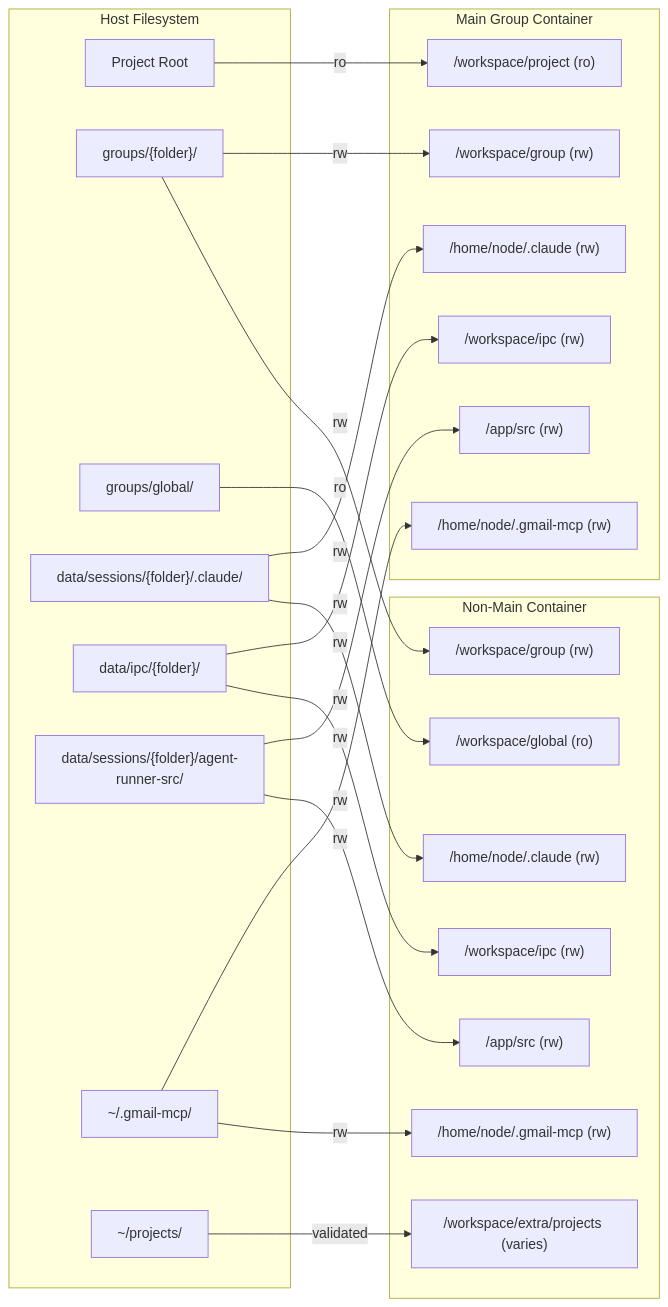
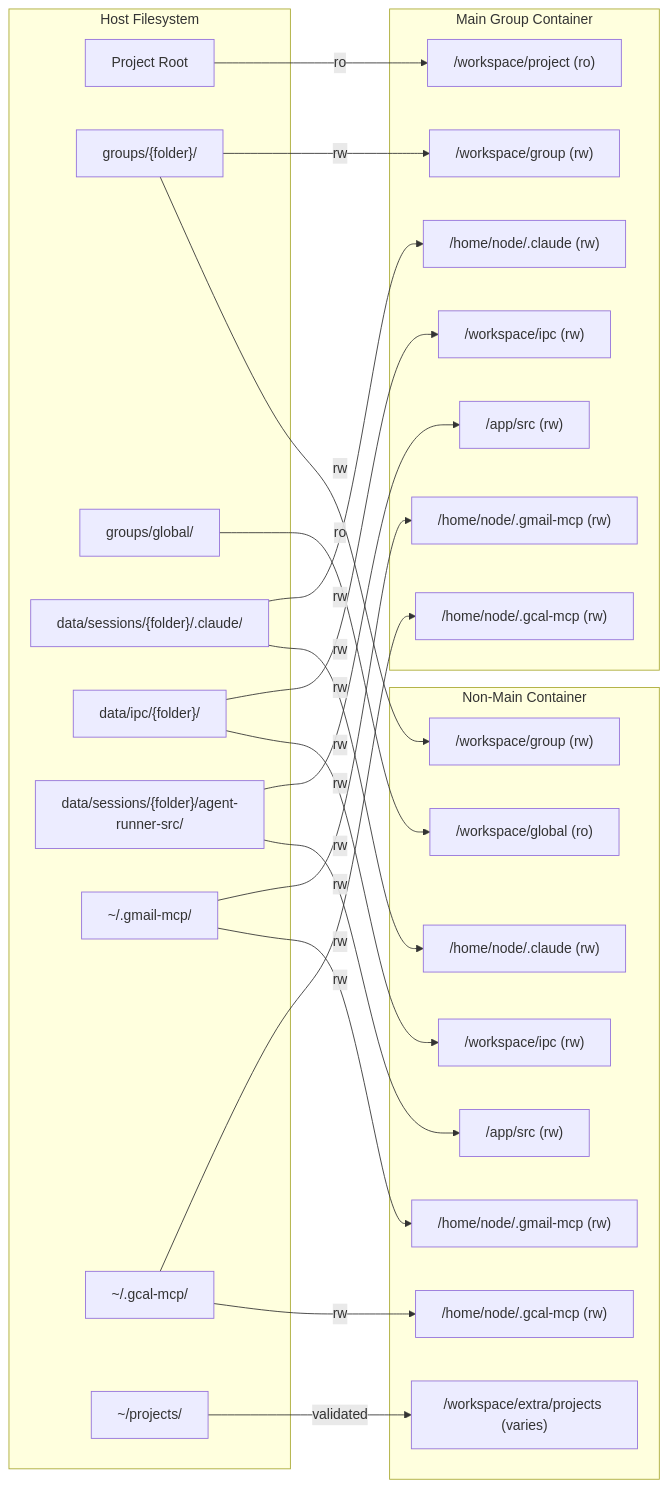
The third of 13 diagrams in docs/ARCHITECTURE.md (mtr/nanoclaw), drawn with Mermaid before and after one commit. The commit also changed other lines of this file, not shown here.

Commit message:
docs: add Google Calendar MCP server to architecture diagrams

````diff
--- a/docs/ARCHITECTURE.md
+++ b/docs/ARCHITECTURE.md
@@ -125,47 +125,52 @@
 ```mermaid
 graph LR
     subgraph "Host Filesystem"
         PR[Project Root]
         GF["groups/{folder}/"]
         GL[groups/global/]
         SS["data/sessions/{folder}/.claude/"]
         IP["data/ipc/{folder}/"]
         AR["data/sessions/{folder}/agent-runner-src/"]
         GM["~/.gmail-mcp/"]
+        GC["~/.gcal-mcp/"]
         EX["~/projects/"]
     end
 
     subgraph "Main Group Container"
         WP["/workspace/project (ro)"]
         WG["/workspace/group (rw)"]
         HC["/home/node/.claude (rw)"]
         HGM["/home/node/.gmail-mcp (rw)"]
+        HGC["/home/node/.gcal-mcp (rw)"]
         WI["/workspace/ipc (rw)"]
         AS["/app/src (rw)"]
     end
 
     subgraph "Non-Main Container"
         WG2["/workspace/group (rw)"]
         WGL["/workspace/global (ro)"]
         HC2["/home/node/.claude (rw)"]
         HGM2["/home/node/.gmail-mcp (rw)"]
+        HGC2["/home/node/.gcal-mcp (rw)"]
         WI2["/workspace/ipc (rw)"]
         AS2["/app/src (rw)"]
         WE["/workspace/extra/projects (varies)"]
     end
 
     PR -->|ro| WP
     GF -->|rw| WG
     SS -->|rw| HC
     GM -->|rw| HGM
+    GC -->|rw| HGC
     IP -->|rw| WI
     AR -->|rw| AS
 
     GF -->|rw| WG2
     GL -->|ro| WGL
     SS -->|rw| HC2
     GM -->|rw| HGM2
+    GC -->|rw| HGC2
     IP -->|rw| WI2
     AR -->|rw| AS2
     EX -->|validated| WE
 ```
````
